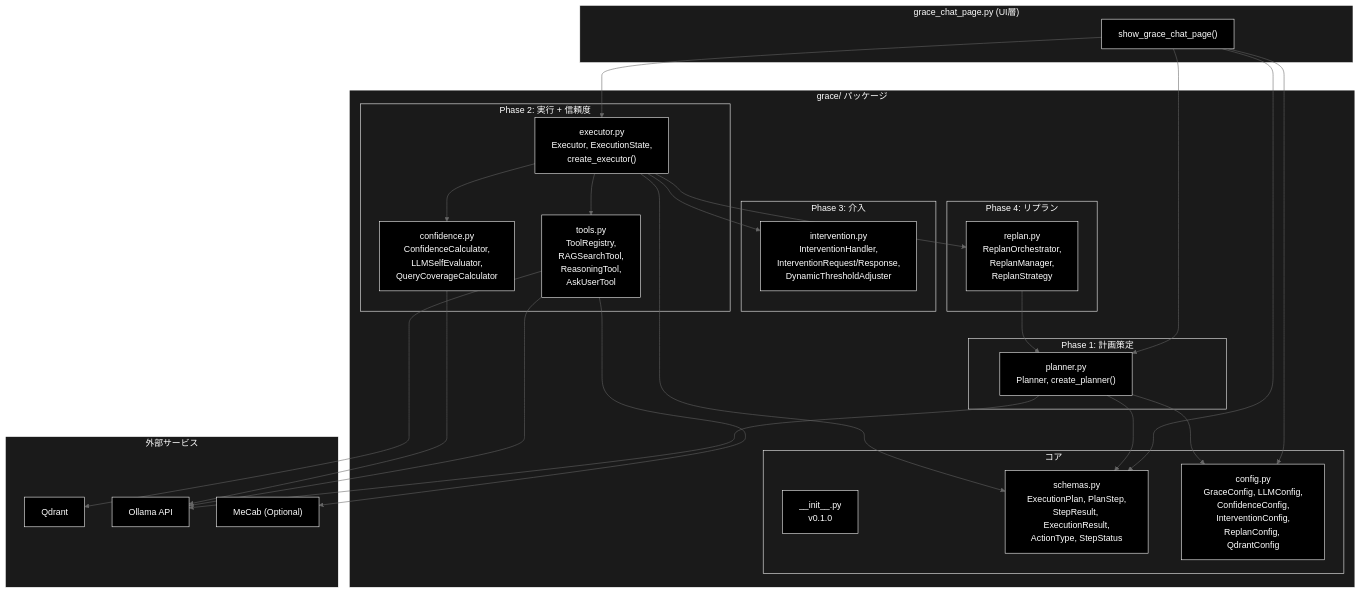
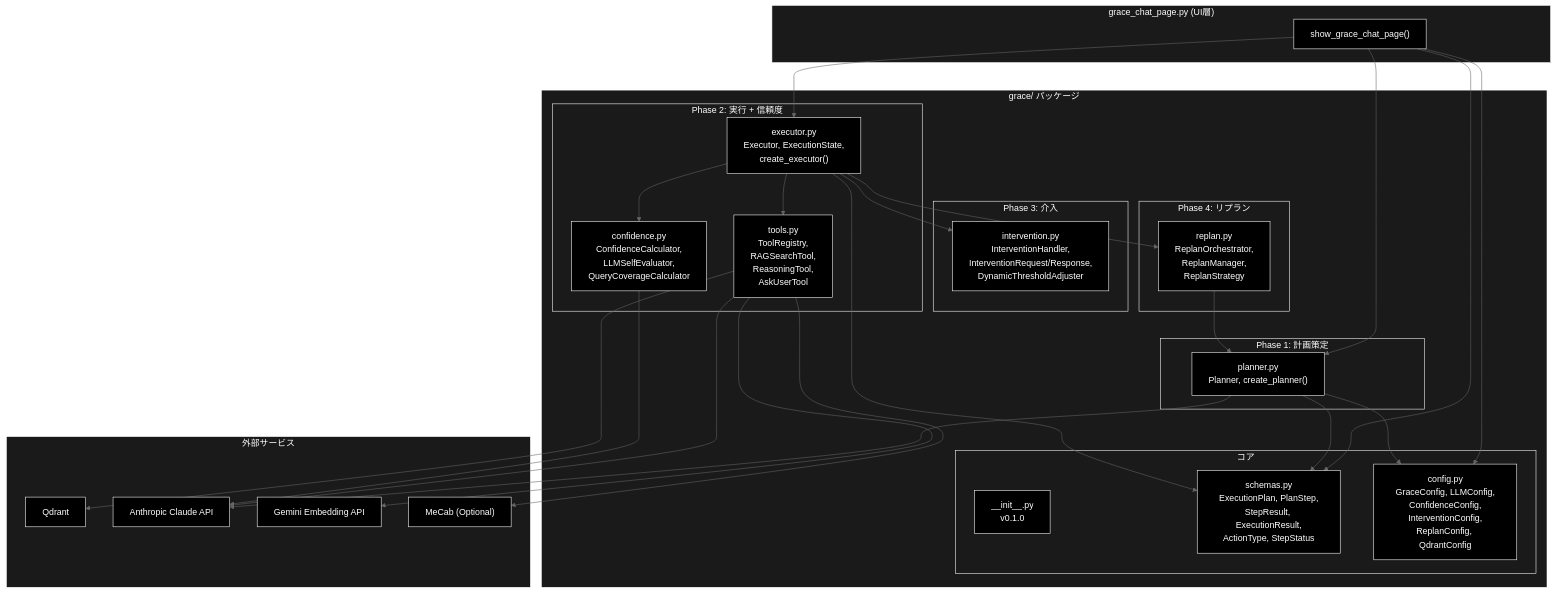
One commit to nakashima2toshio/ollama_grace_agent_v2 changed the ninth of 13 diagrams in README.md. Above: the diagram before and after it, drawn with Mermaid (neutral theme). The commit also changed other lines of this file and 11 other files, not shown here.

````diff
--- a/README.md
+++ b/README.md
@@ -1104,71 +1214,73 @@
 ```mermaid
 flowchart TB
     subgraph UI["grace_chat_page.py (UI層)"]
         Page["show_grace_chat_page()"]
     end
 
     subgraph GracePackage["grace/ パッケージ"]
         subgraph Core["コア"]
             Init["__init__.py<br/>v0.1.0"]
             Schemas["schemas.py<br/>ExecutionPlan, PlanStep,<br/>StepResult, ExecutionResult,<br/>ActionType, StepStatus"]
             Config["config.py<br/>GraceConfig, LLMConfig,<br/>ConfidenceConfig,<br/>InterventionConfig,<br/>ReplanConfig, QdrantConfig"]
         end
 
         subgraph Phase1["Phase 1: 計画策定"]
             PlannerMod["planner.py<br/>Planner, create_planner()"]
         end
 
         subgraph Phase2["Phase 2: 実行 + 信頼度"]
             ExecutorMod["executor.py<br/>Executor, ExecutionState,<br/>create_executor()"]
             ToolsMod["tools.py<br/>ToolRegistry,<br/>RAGSearchTool,<br/>ReasoningTool,<br/>AskUserTool"]
             ConfMod["confidence.py<br/>ConfidenceCalculator,<br/>LLMSelfEvaluator,<br/>QueryCoverageCalculator"]
         end
 
         subgraph Phase3["Phase 3: 介入"]
             IntervMod["intervention.py<br/>InterventionHandler,<br/>InterventionRequest/Response,<br/>DynamicThresholdAdjuster"]
         end
 
         subgraph Phase4["Phase 4: リプラン"]
             ReplanMod["replan.py<br/>ReplanOrchestrator,<br/>ReplanManager,<br/>ReplanStrategy"]
         end
     end
 
     subgraph External["外部サービス"]
         Qdrant["Qdrant"]
-        Gemini["Ollama API"]
+        ClaudeAPI["Anthropic Claude API"]
+        GeminiEmbed["Gemini Embedding API"]
         MeCab["MeCab (Optional)"]
     end
 
     Page --> PlannerMod
     Page --> ExecutorMod
     Page --> Schemas
     Page --> Config
 
     PlannerMod --> Schemas
     PlannerMod --> Config
-    PlannerMod --> Gemini
+    PlannerMod --> ClaudeAPI
 
     ExecutorMod --> ToolsMod
     ExecutorMod --> ConfMod
     ExecutorMod --> IntervMod
     ExecutorMod --> ReplanMod
     ExecutorMod --> Schemas
 
     ToolsMod --> Qdrant
-    ToolsMod --> Gemini
+    ToolsMod --> ClaudeAPI
+    ToolsMod --> GeminiEmbed
     ToolsMod --> MeCab
 
-    ConfMod --> Gemini
+    ConfMod --> ClaudeAPI
     ReplanMod --> PlannerMod
 classDef default fill:#000,stroke:#fff,color:#fff
 classDef subgraphStyle fill:#1a1a1a,stroke:#fff,color:#fff
-class Page,Init,Schemas,Config,PlannerMod,ExecutorMod,ToolsMod,ConfMod,IntervMod,ReplanMod,Qdrant,Gemini,MeCab default
+class Page,Init,Schemas,Config,PlannerMod,ExecutorMod,ToolsMod,ConfMod,IntervMod,ReplanMod,Qdrant,ClaudeAPI,GeminiEmbed,MeCab default
 style UI fill:#1a1a1a,stroke:#fff,color:#fff
 style GracePackage fill:#1a1a1a,stroke:#fff,color:#fff
 style Core fill:#1a1a1a,stroke:#fff,color:#fff
 style Phase1 fill:#1a1a1a,stroke:#fff,color:#fff
 style Phase2 fill:#1a1a1a,stroke:#fff,color:#fff
 style Phase3 fill:#1a1a1a,stroke:#fff,color:#fff
 style Phase4 fill:#1a1a1a,stroke:#fff,color:#fff
 style External fill:#1a1a1a,stroke:#fff,color:#fff
 ```
````
